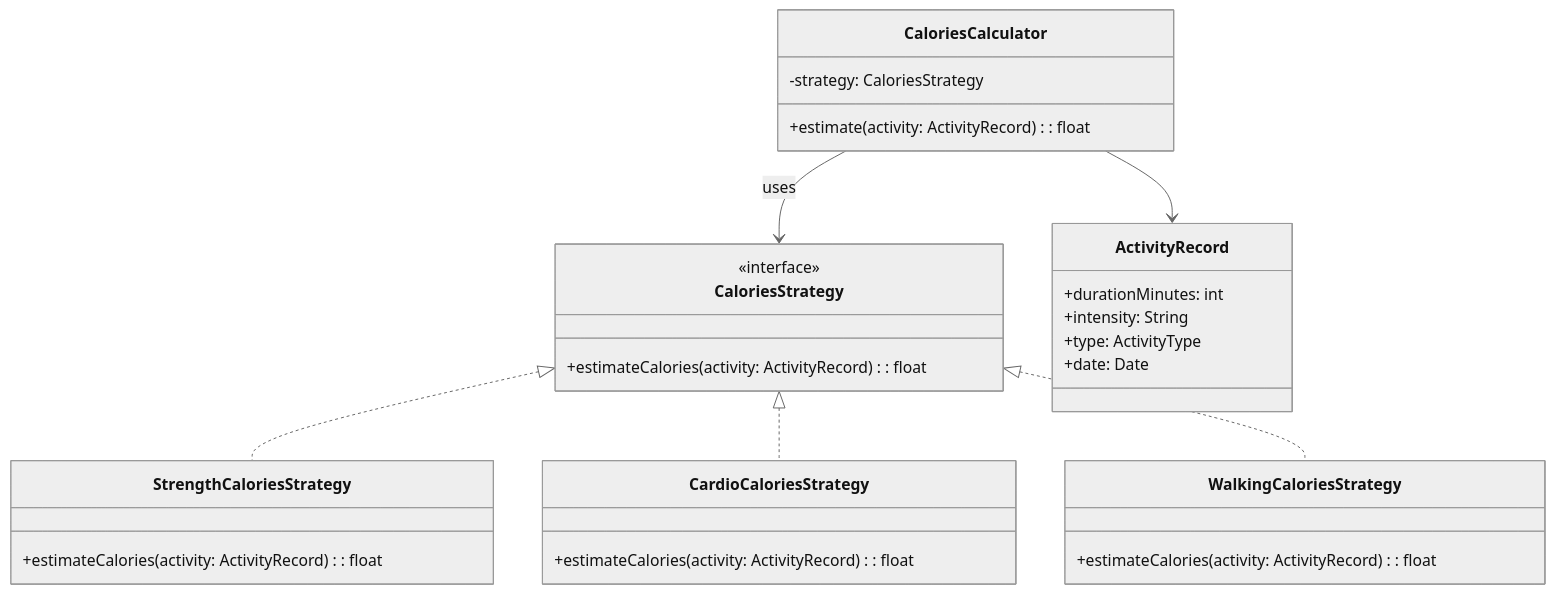
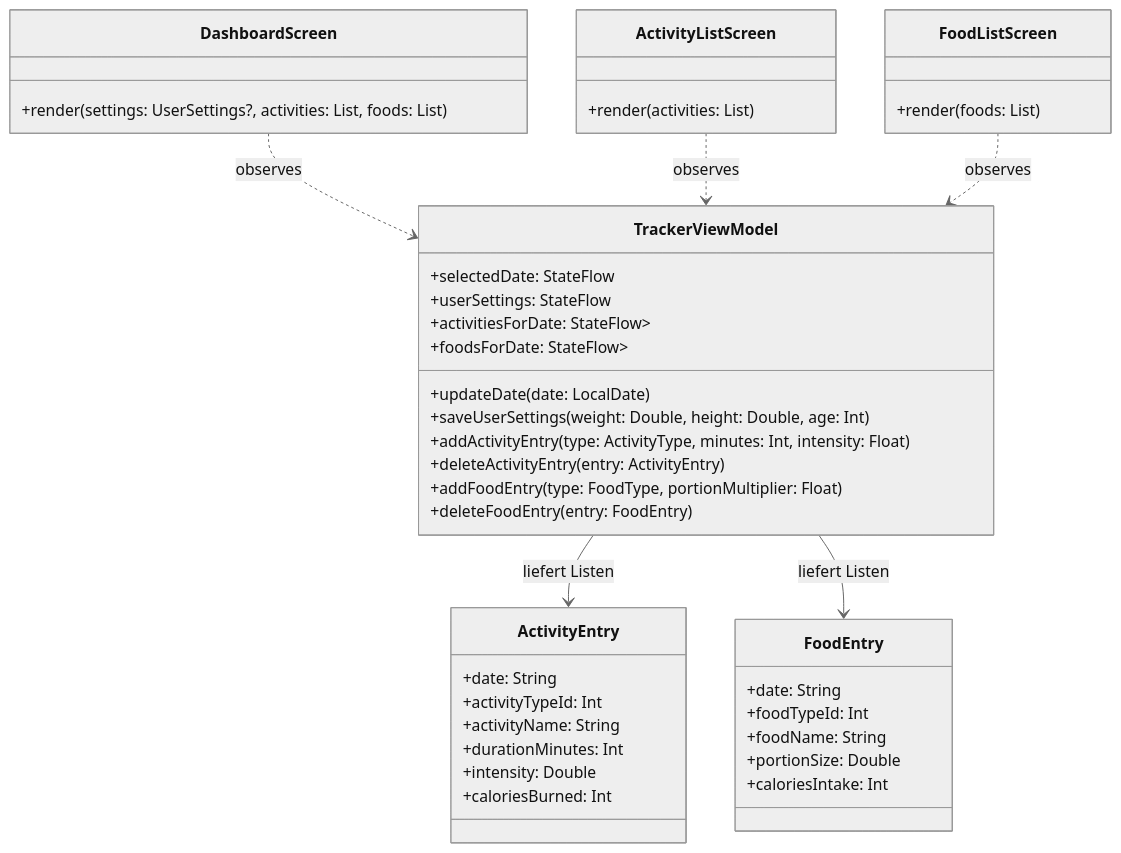
One commit to Golyator/Fitness-Tracker-BHT changed the first of 2 diagrams in docs/design-patterns-auswahl.md. Above: the diagram before and after it, drawn with Mermaid (neutral theme). The commit also changed other lines of this file, not shown here.

````diff
--- a/docs/design-patterns-auswahl.md
+++ b/docs/design-patterns-auswahl.md
@@ -104,37 +134,51 @@
 ```mermaid
 classDiagram
-    class CaloriesCalculator {
-        -strategy: CaloriesStrategy
-        +estimate(activity: ActivityRecord): float
+    class TrackerViewModel {
+        +selectedDate: StateFlow<LocalDate>
+        +userSettings: StateFlow<UserSettings?>
+        +activitiesForDate: StateFlow<List<ActivityEntry>>
+        +foodsForDate: StateFlow<List<FoodEntry>>
+        +updateDate(date: LocalDate)
+        +saveUserSettings(weight: Double, height: Double, age: Int)
+        +addActivityEntry(type: ActivityType, minutes: Int, intensity: Float)
+        +deleteActivityEntry(entry: ActivityEntry)
+        +addFoodEntry(type: FoodType, portionMultiplier: Float)
+        +deleteFoodEntry(entry: FoodEntry)
     }
 
-    class CaloriesStrategy {
-        <<interface>>
-        +estimateCalories(activity: ActivityRecord): float
+    class DashboardScreen {
+        +render(settings: UserSettings?, activities: List<ActivityEntry>, foods: List<FoodEntry>)
     }
 
-    class StrengthCaloriesStrategy {
-        +estimateCalories(activity: ActivityRecord): float
+    class ActivityListScreen {
+        +render(activities: List<ActivityEntry>)
     }
 
-    class CardioCaloriesStrategy {
-        +estimateCalories(activity: ActivityRecord): float
+    class FoodListScreen {
+        +render(foods: List<FoodEntry>)
     }
 
-    class WalkingCaloriesStrategy {
-        +estimateCalories(activity: ActivityRecord): float
+    class ActivityEntry {
+        +date: String
+        +activityTypeId: Int
+        +activityName: String
+        +durationMinutes: Int
+        +intensity: Double
+        +caloriesBurned: Int
     }
 
-    class ActivityRecord {
-        +durationMinutes: int
-        +intensity: String
-        +type: ActivityType
-        +date: Date
+    class FoodEntry {
+        +date: String
+        +foodTypeId: Int
+        +foodName: String
+        +portionSize: Double
+        +caloriesIntake: Int
     }
 
-    CaloriesCalculator --> CaloriesStrategy : uses
-    CaloriesStrategy <|.. StrengthCaloriesStrategy
-    CaloriesStrategy <|.. CardioCaloriesStrategy
-    CaloriesStrategy <|.. WalkingCaloriesStrategy
-    CaloriesCalculator --> ActivityRecord
+    TrackerViewModel --> ActivityEntry : liefert Listen
+    TrackerViewModel --> FoodEntry : liefert Listen
+
+    DashboardScreen ..> TrackerViewModel : observes
+    ActivityListScreen ..> TrackerViewModel : observes
+    FoodListScreen ..> TrackerViewModel : observes
 ```
````
